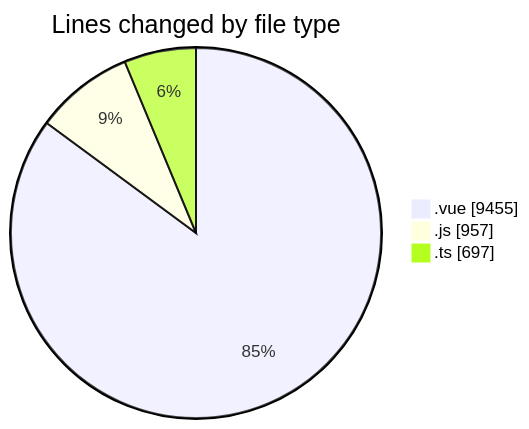
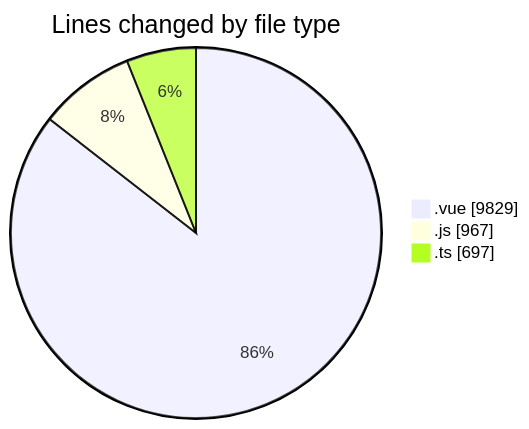
One commit to lephambinh05/code-tracking changed the first of 2 diagrams in 2025-08-13/rentotp/README.md. Above: the diagram before and after it, drawn with Mermaid. The commit also changed other lines of this file and 1 other file, not shown here.

````diff
--- a/2025-08-13/rentotp/README.md
+++ b/2025-08-13/rentotp/README.md
@@ -40,7 +40,7 @@
 ```mermaid
 pie showData
 title Lines changed by file type
-".vue" : 9455
-".js" : 957
+".vue" : 9829
+".js" : 967
 ".ts" : 697
 ```
````
